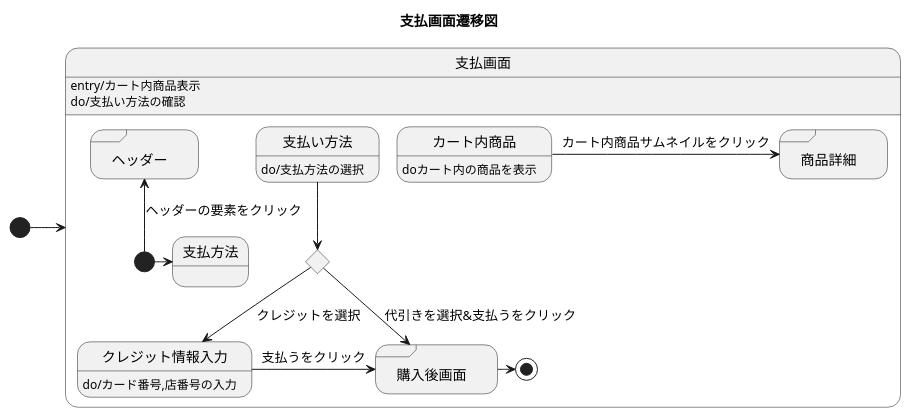
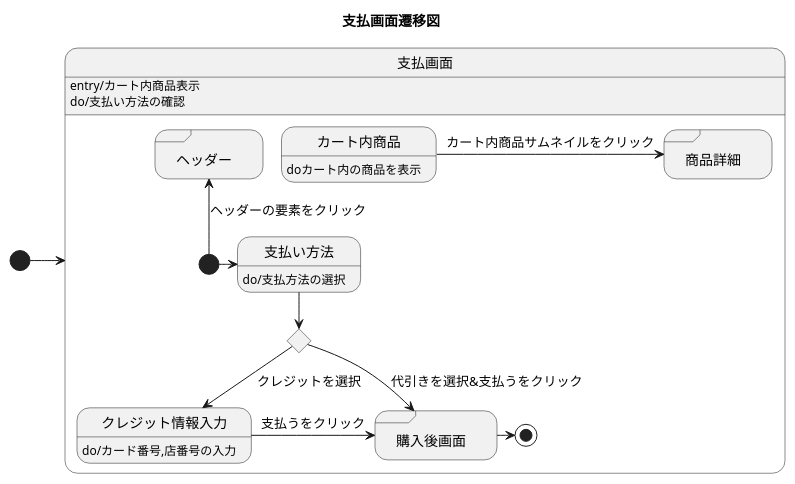
One commit to akutori/T-D-E changed the diagram in 支払画面.md. Above: the diagram before and after it, drawn with PlantUML.

Commit message:
18行目修正

````diff
--- a/支払画面.md
+++ b/支払画面.md
@@ -1,29 +1,29 @@
 ```uml
 @startuml
 title 支払画面遷移図
 state 支払画面:entry/カート内商品表示
 state 支払画面:do/支払い方法の確認
 
 [*]->支払画面
 
 state 支払画面{
     state input <<choice>>
     state "ヘッダー" as headder <<sdlreceive>>
     state "商品詳細" as detail <<sdlreceive>>
     state "購入後画面" as boughtpage <<sdlreceive>>
     state 支払い方法:do/支払方法の選択
     state クレジット情報入力:do/カード番号,店番号の入力
     state カート内商品:doカート内の商品を表示
 
-    [*]->支払方法
+    [*]->支払い方法
     [*]-up->headder : ヘッダーの要素をクリック
     支払い方法-->input
     input-> boughtpage : 代引きを選択&支払うをクリック
     input--> クレジット情報入力 : クレジットを選択
     クレジット情報入力 -> boughtpage : 支払うをクリック
     カート内商品->detail : カート内商品サムネイルをクリック
     
     boughtpage ->[*]
 }
 @enduml
 ```
````
